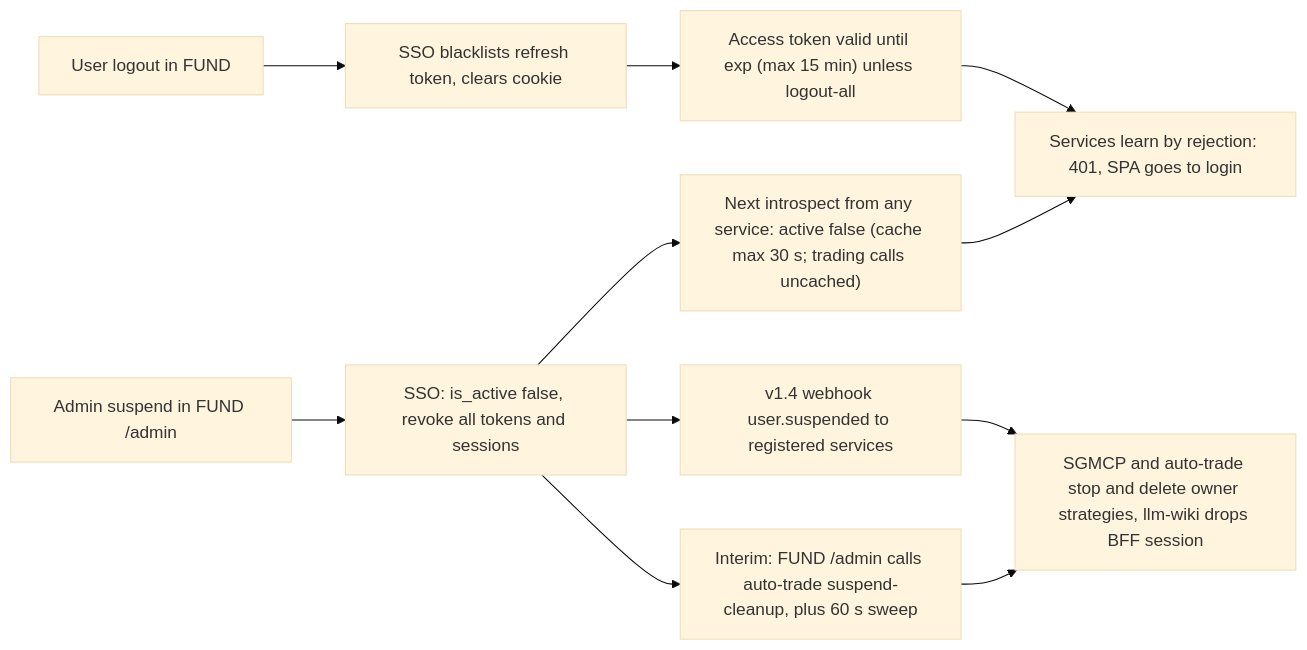
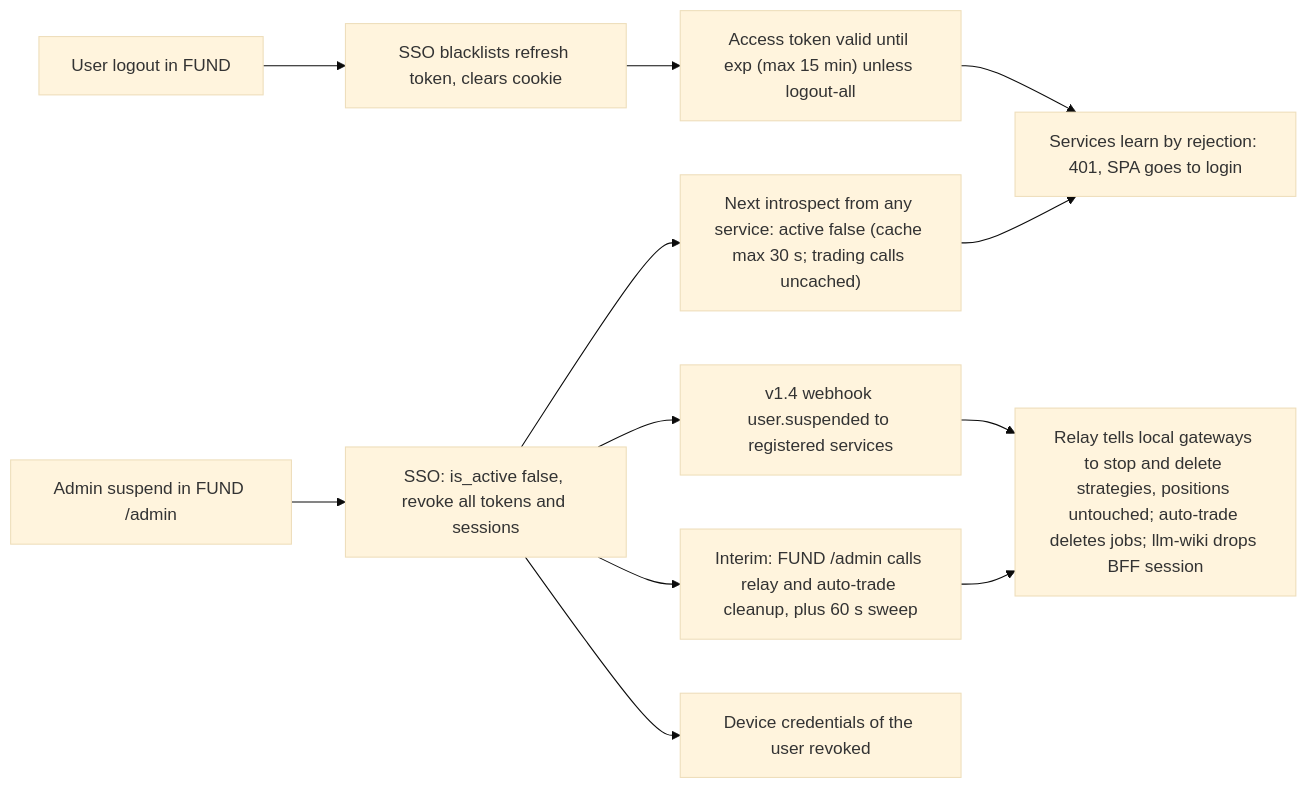
One commit to Neural-Matrix-LLC/SSO-server changed diagram 16 of 16 in docs/ECOSYSTEM-INTEGRATION.md. Above: the diagram before and after it, drawn with Mermaid (base theme). The commit also changed other lines of this file and 4 other files, not shown here.

````diff
--- a/docs/ECOSYSTEM-INTEGRATION.md
+++ b/docs/ECOSYSTEM-INTEGRATION.md
@@ -640,13 +774,14 @@
 ```mermaid
 flowchart LR
   L["User logout in FUND"] --> R1["SSO blacklists refresh token, clears cookie"]
   R1 --> R2["Access token valid until exp (max 15 min) unless logout-all"]
   S["Admin suspend in FUND /admin"] --> S1["SSO: is_active false, revoke all tokens and sessions"]
   S1 --> S2["Next introspect from any service: active false (cache max 30 s; trading calls uncached)"]
   S1 --> S3["v1.4 webhook user.suspended to registered services"]
-  S1 --> S5["Interim: FUND /admin calls auto-trade suspend-cleanup, plus 60 s sweep"]
-  S3 --> S4["SGMCP and auto-trade stop and delete owner strategies, llm-wiki drops BFF session"]
+  S1 --> S5["Interim: FUND /admin calls relay and auto-trade cleanup, plus 60 s sweep"]
+  S1 --> S6["Device credentials of the user revoked"]
+  S3 --> S4["Relay tells local gateways to stop and delete strategies, positions untouched; auto-trade deletes jobs; llm-wiki drops BFF session"]
   S5 --> S4
   R2 --> X["Services learn by rejection: 401, SPA goes to login"]
   S2 --> X
 ```
````
